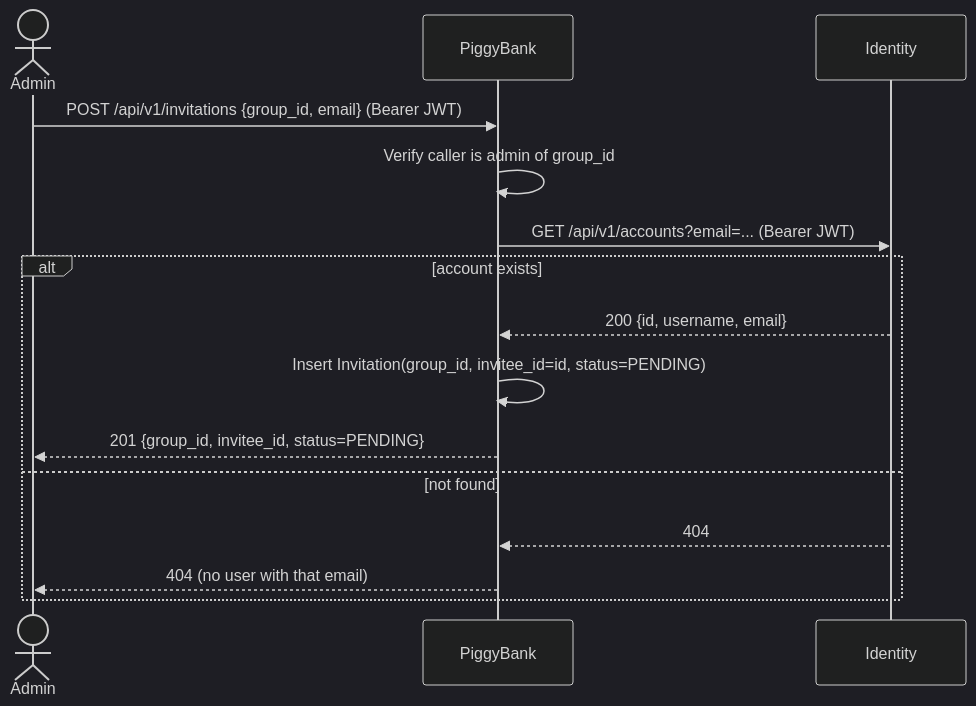
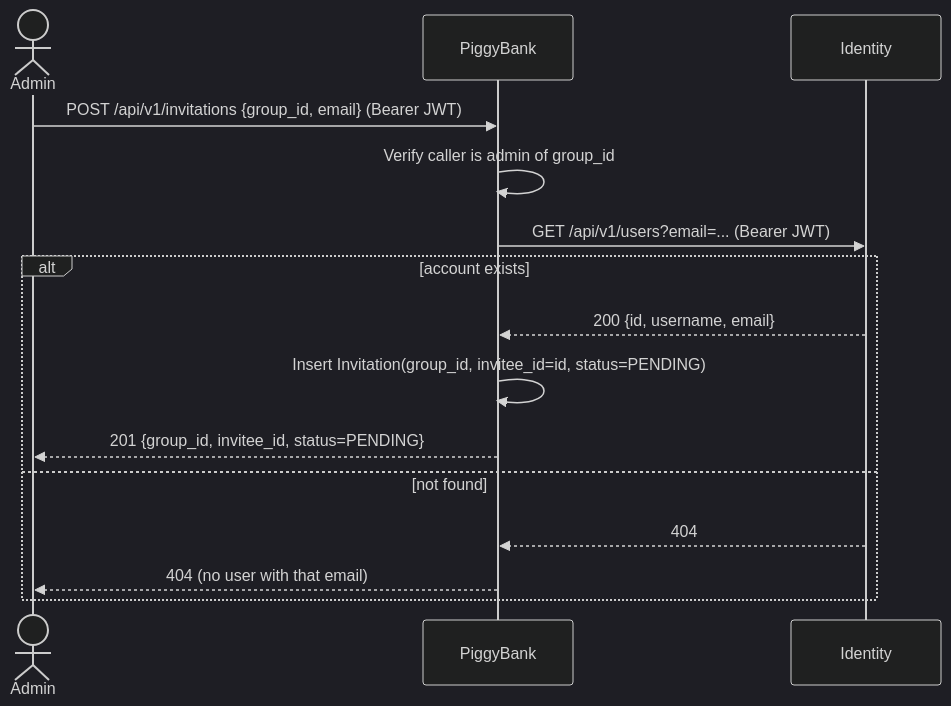
One commit to Papajohn77/Budget-Management changed the fourth of 4 diagrams in deliverable-a.md. Above: the diagram before and after it, drawn with Mermaid (dark theme). The commit also changed other lines of this file, not shown here.

Commit message:
Align deliverable A with implementation (/users paths, User entity)

````diff
--- a/deliverable-a.md
+++ b/deliverable-a.md
@@ -253,18 +253,18 @@
 ```mermaid
 sequenceDiagram
     actor Admin
     participant PiggyBank
     participant Identity
 
     Admin->>PiggyBank: POST /api/v1/invitations {group_id, email} (Bearer JWT)
     PiggyBank->>PiggyBank: Verify caller is admin of group_id
-    PiggyBank->>Identity: GET /api/v1/accounts?email=... (Bearer JWT)
+    PiggyBank->>Identity: GET /api/v1/users?email=... (Bearer JWT)
     alt account exists
         Identity-->>PiggyBank: 200 {id, username, email}
         PiggyBank->>PiggyBank: Insert Invitation(group_id, invitee_id=id, status=PENDING)
         PiggyBank-->>Admin: 201 {group_id, invitee_id, status=PENDING}
     else not found
         Identity-->>PiggyBank: 404
         PiggyBank-->>Admin: 404 (no user with that email)
     end
 ```
````
